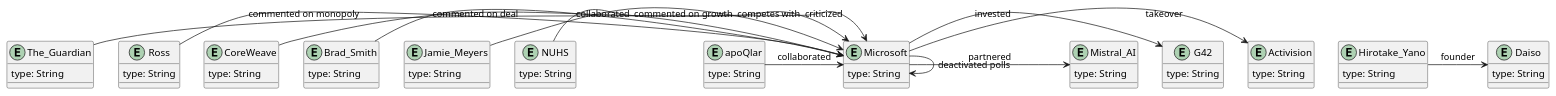
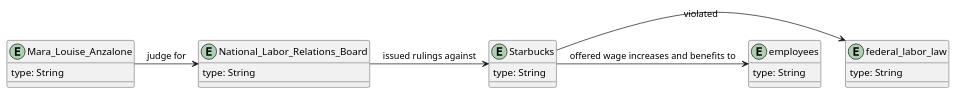
One commit to zzhengweii/zweckers changed the diagram in app/server/ner_diagram/temp.puml. Above: the diagram before and after it, drawn with PlantUML. The commit also changed 6 other files, not shown here.

```diff
--- a/app/server/ner_diagram/temp.puml
+++ b/app/server/ner_diagram/temp.puml
@@ -1,53 +1,21 @@
 @startuml
-entity Microsoft {             
+entity Starbucks {             
 type: String 
 } 
-entity The_Guardian {             
+entity federal_labor_law {             
 type: String 
 } 
-entity Ross {             
+entity National_Labor_Relations_Board {             
 type: String 
 } 
-entity CoreWeave {             
+entity Mara_Louise_Anzalone {             
 type: String 
 } 
-entity Brad_Smith {             
+entity employees {             
 type: String 
 } 
-entity Activision {             
-type: String 
-} 
-entity Jamie_Meyers {             
-type: String 
-} 
-entity G42 {             
-type: String 
-} 
-entity Mistral_AI {             
-type: String 
-} 
-entity NUHS {             
-type: String 
-} 
-entity apoQlar {             
-type: String 
-} 
-entity Hirotake_Yano {             
-type: String 
-} 
-entity Daiso {             
-type: String 
-} 
-Microsoft -> Microsoft : deactivated polls
-The_Guardian -> Microsoft : criticized
-Ross -> Microsoft : commented on monopoly
-CoreWeave -> Microsoft : competes with
-Brad_Smith -> Microsoft : commented on deal
-Microsoft -> Activision : takeover
-Jamie_Meyers -> Microsoft : commented on growth
-Microsoft -> G42 : invested
-Microsoft -> Mistral_AI : partnered
-NUHS -> Microsoft : collaborated
-apoQlar -> Microsoft : collaborated
-Hirotake_Yano -> Daiso : founder
+Starbucks -> federal_labor_law : violated
+National_Labor_Relations_Board -> Starbucks : issued rulings against
+Mara_Louise_Anzalone -> National_Labor_Relations_Board : judge for
+Starbucks -> employees : offered wage increases and benefits to
 @enduml
```
